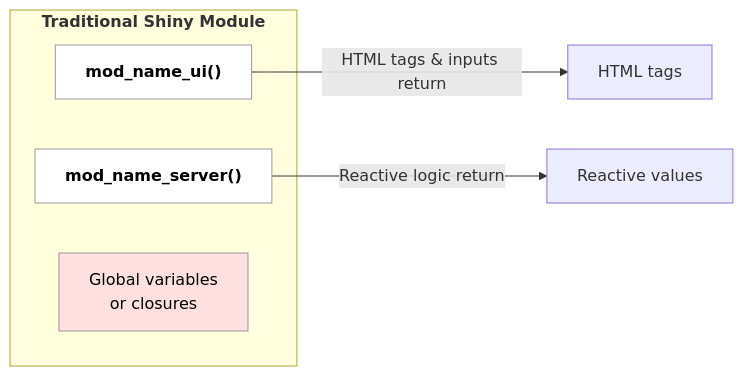
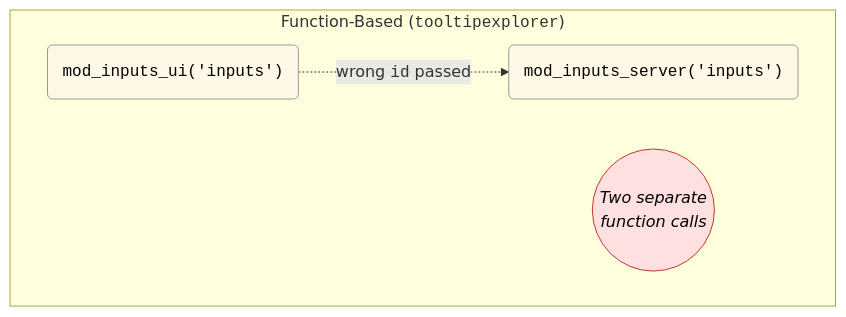
Before and after one commit to mjfrigaard/mjfrigaard.github.io: the first of 8 diagrams in posts/shiny-r6/index.qmd, drawn with Mermaid. The commit also changed other lines of this file and 9 other files, not shown here.

````diff
--- a/posts/shiny-r6/index.qmd
+++ b/posts/shiny-r6/index.qmd
@@ -87,21 +188,22 @@
 ```{mermaid}
 %%| eval: true
-%%| fig-align: 'center' 
-%%| fig-caption: 'Traditional Shiny Module'
+%%| fig-align: 'center'
+%%| fig-caption: 'Module Architecture: Function-Based'
 %%| echo: false
 %%{init: {'theme': 'base', 'themeVariables': { 'fontFamily': 'monospace', "darkMode":true}}}}%%
 
-flowchart LR
-    subgraph "<strong>Traditional Shiny Module</strong>"
-        UIFunc["<strong>mod_name_ui()</strong>"]
-        ServerFunc["<strong>mod_name_server()</strong>"]
-        GlobalState["Global variables<br/>or closures"]
+flowchart TD
+    subgraph FuncBased["Function-Based (<code>tooltipexplorer</code>)"]
+        direction LR
+        UICall("mod_inputs_ui('inputs')")
+        ServerCall("mod_inputs_server('inputs')")
+        Separate(("<em>Two separate<br/>function calls</em>"))
     end
     
-    UIFunc -->|"HTML tags & inputs return"| HTML["HTML tags"]
-    ServerFunc -->|"Reactive logic return"| Reactive["Reactive values"]
+    UICall -.->|"wrong <code>id</code> passed"| ServerCall
     
-    style UIFunc fill:#FFFFFF,color:#000000,stroke:#999
-    style ServerFunc fill:#FFFFFF,color:#000000,stroke:#999
-    style GlobalState fill:#FFE0E0,color:#000000,stroke:#999
+    style UICall fill:#FFF8E7,color:#000000,stroke:#999,font-family:monospace
+    style ServerCall fill:#FFF8E7,color:#000000,stroke:#999,font-family:monospace
+    style Separate fill:#FFE0E0,color:#000000,stroke:#c0392b
+    
 ```
````
